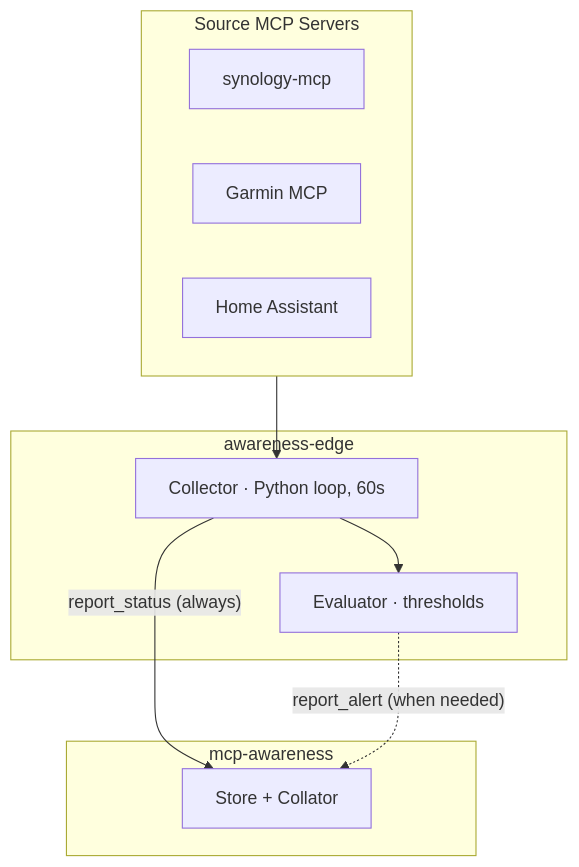
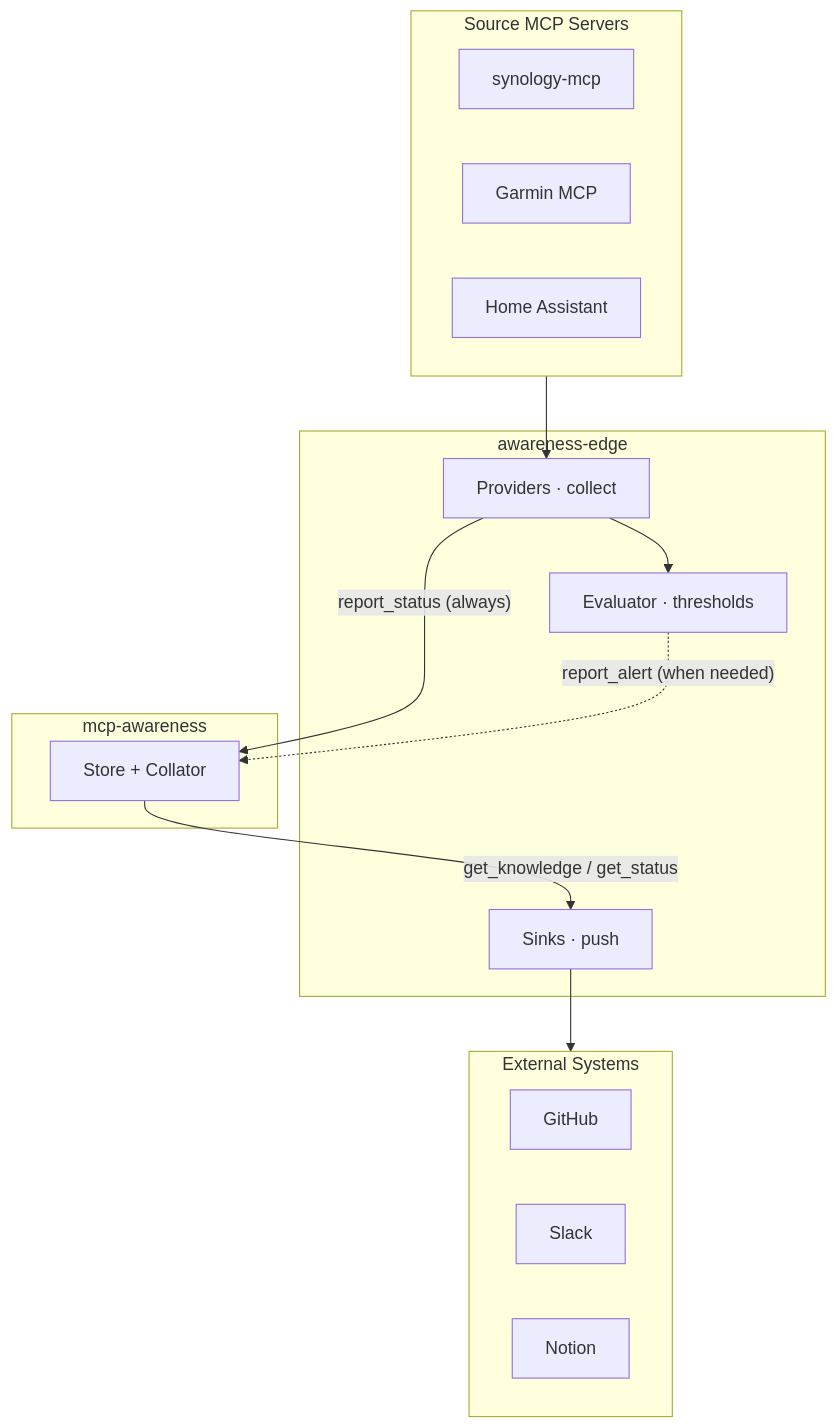
The diagram in README.md (cmeans/awareness-edge), drawn with Mermaid before and after one commit. The commit also changed other lines of this file and 1 other file, not shown here.

Commit message:
Update docs: bidirectional architecture, remove stale LLM references
- CLAUDE.md rewritten: reflects current project structure, sink framework,
  deterministic design, build commands, key constraints
- README: describes inbound providers + outbound sinks, updated Mermaid
  diagram shows bidirectional data flow with external targets
- Repo description updated to mention bidirectional sync

````diff
--- a/README.md
+++ b/README.md
@@ -16,24 +19,35 @@
 ```mermaid
 flowchart TD
     subgraph Sources["Source MCP Servers"]
         direction LR
         S1["synology-mcp"]
         S2["Garmin MCP"]
         S3["Home Assistant"]
     end
 
-    Sources --> Collector
+    Sources --> Providers
 
     subgraph Edge["awareness-edge"]
-        Collector["Collector · Python loop, 60s"]
+        Providers["Providers · collect"]
         Evaluator["Evaluator · thresholds"]
-        Collector --> Evaluator
+        Sinks["Sinks · push"]
+        Providers --> Evaluator
     end
 
-    Collector -- "report_status (always)" --> Store
+    Providers -- "report_status (always)" --> Store
     Evaluator -. "report_alert (when needed)" .-> Store
+    Store -- "get_knowledge / get_status" --> Sinks
+
+    Sinks --> Targets
 
     subgraph Awareness["mcp-awareness"]
         Store["Store + Collator"]
     end
+
+    subgraph Targets["External Systems"]
+        direction LR
+        T1["GitHub"]
+        T2["Slack"]
+        T3["Notion"]
+    end
 ```
````
